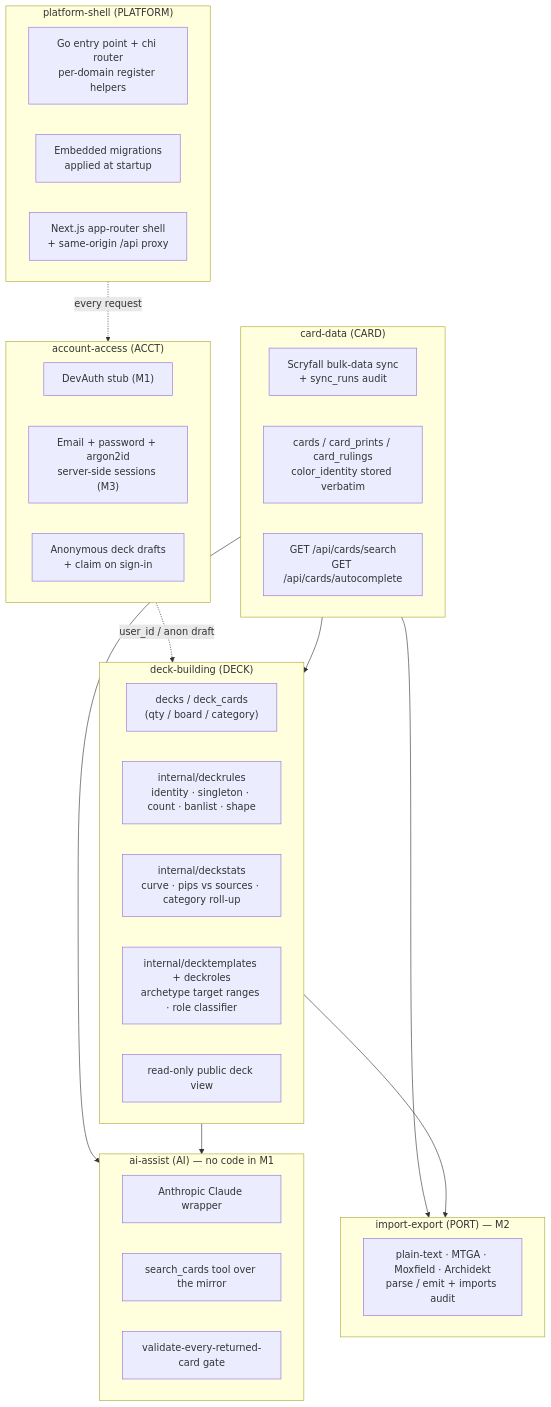
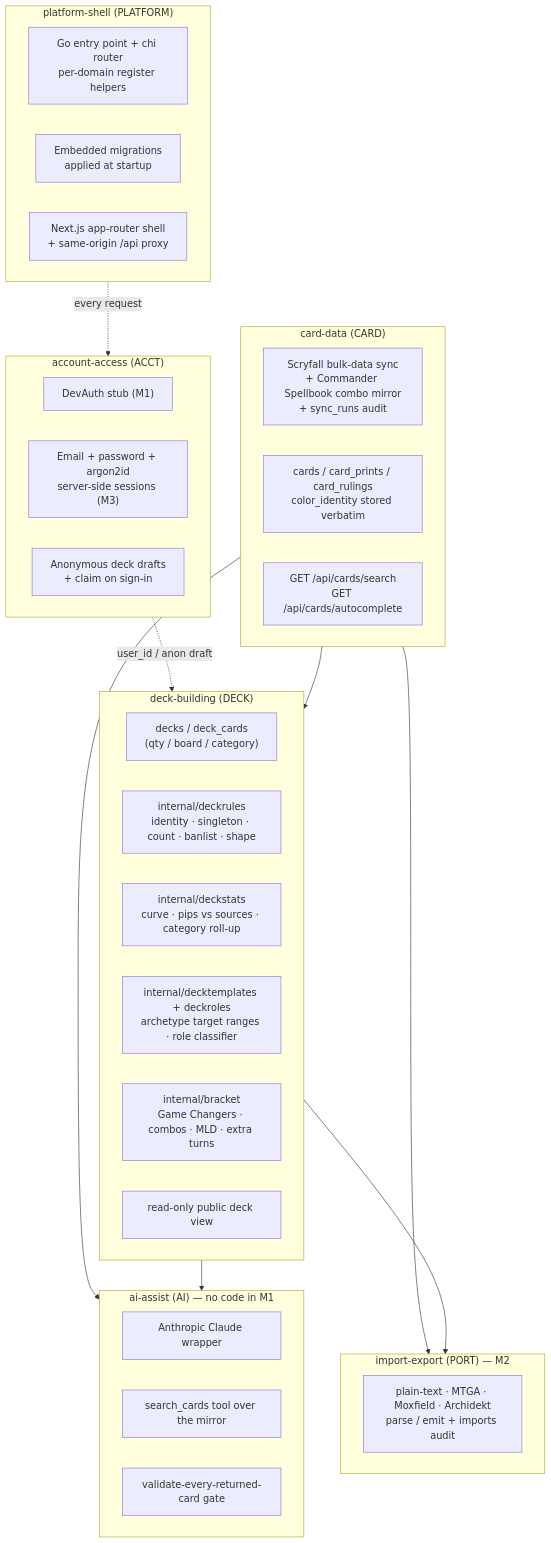
The diagram in docs/high-level-design.md (Sushi-Senpai/Manafold), drawn with Mermaid before and after one commit. The commit also changed other lines of this file and 40 other files, not shown here.

First line of the commit message:
feat(bracket): Commander Spellbook combo mirror and deterministic deck bracket check

````diff
--- a/docs/high-level-design.md
+++ b/docs/high-level-design.md
@@ -123,47 +126,48 @@
 ```mermaid
 flowchart TB
     subgraph platform["platform-shell (PLATFORM)"]
         direction LR
         entry["Go entry point + chi router<br/>per-domain register helpers"]
         migrate["Embedded migrations<br/>applied at startup"]
         proxy["Next.js app-router shell<br/>+ same-origin /api proxy"]
     end
 
     subgraph access["account-access (ACCT)"]
         devauth["DevAuth stub (M1)"]
         login["Email + password + argon2id<br/>server-side sessions (M3)"]
         drafts["Anonymous deck drafts<br/>+ claim on sign-in"]
     end
 
     subgraph card["card-data (CARD)"]
-        sync["Scryfall bulk-data sync<br/>+ sync_runs audit"]
+        sync["Scryfall bulk-data sync<br/>+ Commander Spellbook combo mirror<br/>+ sync_runs audit"]
         mirror["cards / card_prints / card_rulings<br/>color_identity stored verbatim"]
         search["GET /api/cards/search<br/>GET /api/cards/autocomplete"]
     end
 
     subgraph deck["deck-building (DECK)"]
         decks["decks / deck_cards<br/>(qty / board / category)"]
         rules["internal/deckrules<br/>identity · singleton · count · banlist · shape"]
         stats["internal/deckstats<br/>curve · pips vs sources · category roll-up"]
         templates["internal/decktemplates + deckroles<br/>archetype target ranges · role classifier"]
+        bracket["internal/bracket<br/>Game Changers · combos · MLD · extra turns"]
         share["read-only public deck view"]
     end
 
     subgraph ai["ai-assist (AI) — no code in M1"]
         client["Anthropic Claude wrapper"]
         tool["search_cards tool over the mirror"]
         gate["validate-every-returned-card gate"]
     end
 
     subgraph port["import-export (PORT) — M2"]
         parse["plain-text · MTGA · Moxfield · Archidekt<br/>parse / emit + imports audit"]
     end
 
     platform -. every request .-> access
     access -. user_id / anon draft .-> deck
     card --> deck
     card --> port
     card --> ai
     deck --> ai
     deck --> port
 ```
````
